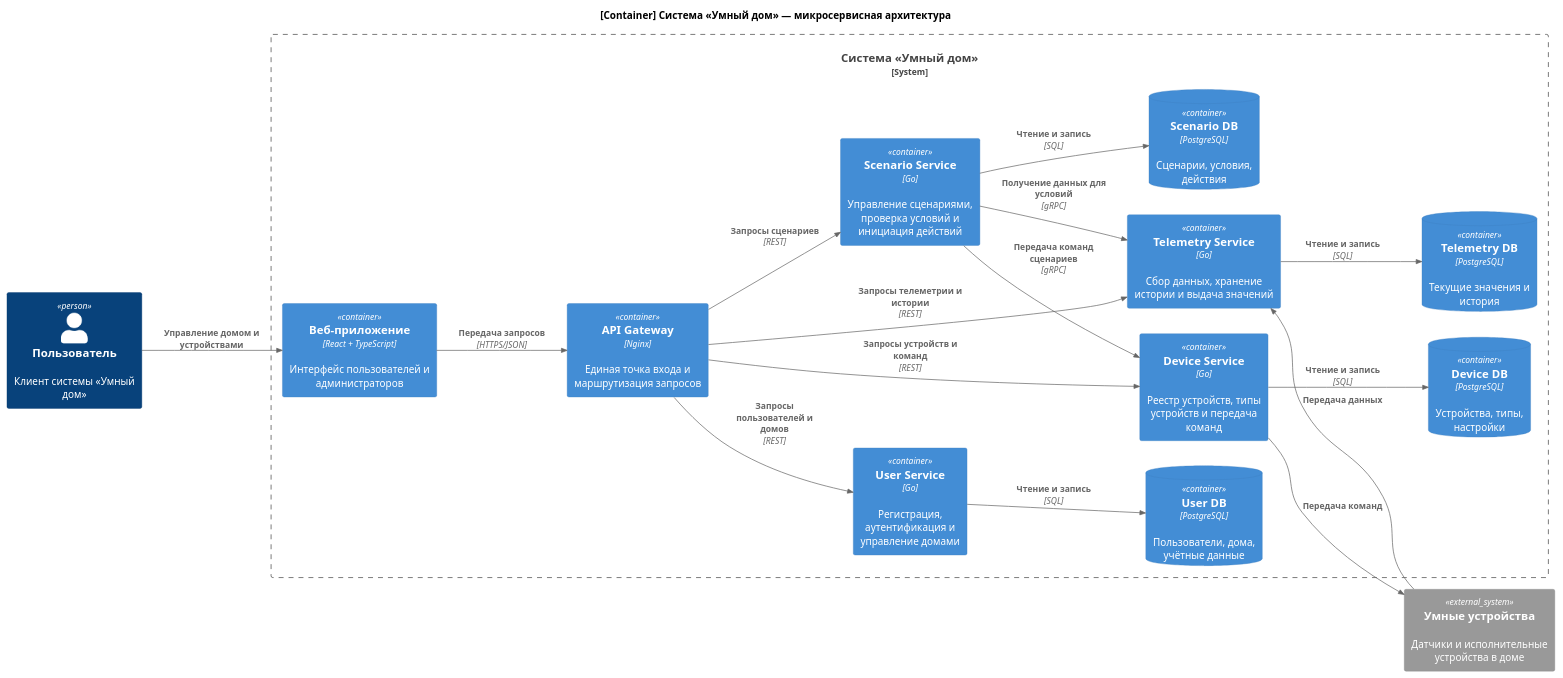
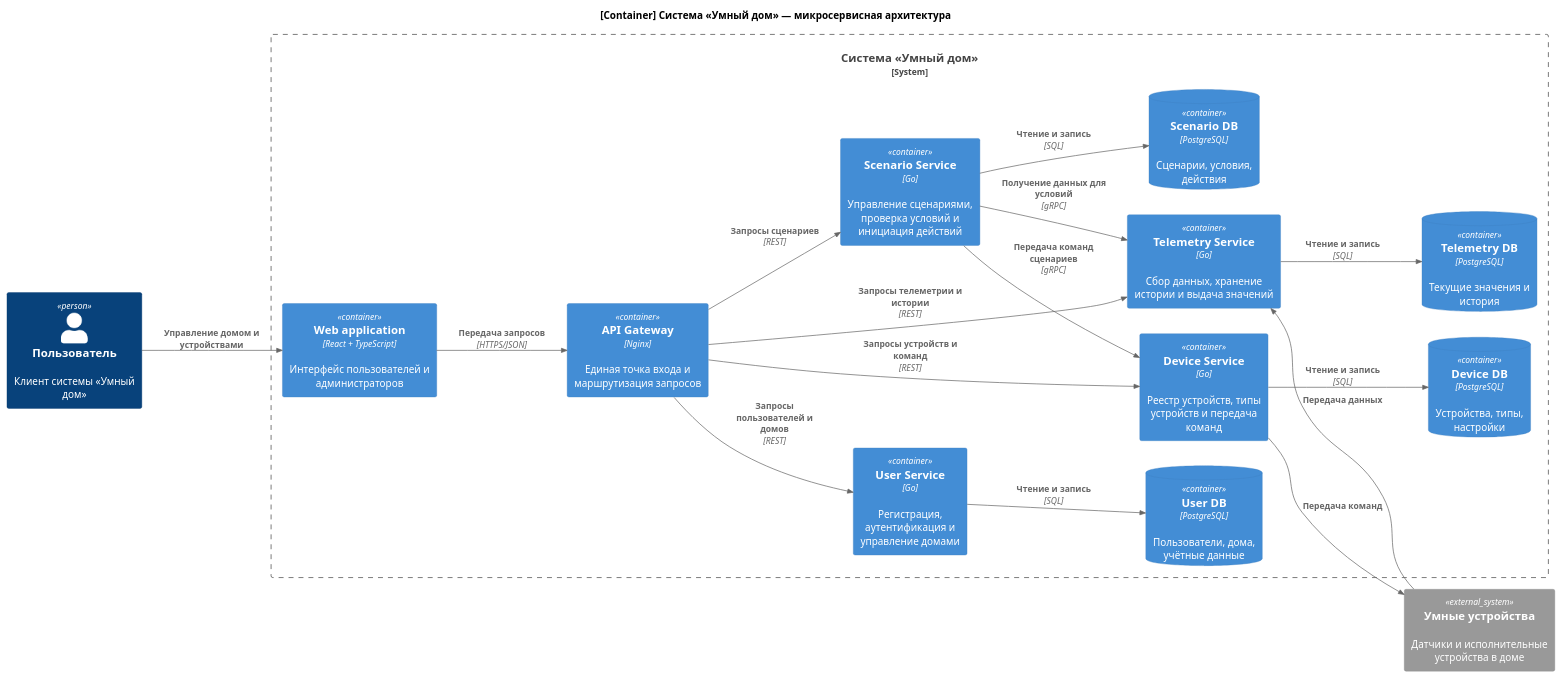
One commit to mashkust/architecture-warmhouse changed the diagram in docs/Container.md. Above: the diagram before and after it, drawn with PlantUML. The commit also changed 6 other files, not shown here.

````diff
--- a/docs/Container.md
+++ b/docs/Container.md
@@ -1,54 +1,54 @@
 ```puml
 @startuml
 top to bottom direction
 !include https://raw.githubusercontent.com/plantuml-stdlib/C4-PlantUML/master/C4_Container.puml
 
 LAYOUT_LEFT_RIGHT()
 
 title [Container] Система «Умный дом» — микросервисная архитектура
 
 Person(user, "Пользователь", "Клиент системы «Умный дом»")
 
 System_Ext(devices, "Умные устройства", "Датчики и исполнительные устройства в доме")
 
 System_Boundary(smart_home, "Система «Умный дом»") {
 
-  Container(web_app, "Веб-приложение", "React + TypeScript", "Интерфейс пользователей и администраторов")
+  Container(web_app, "Web application", "React + TypeScript", "Интерфейс пользователей и администраторов")
 
   Container(api_gateway, "API Gateway", "Nginx", "Единая точка входа и маршрутизация запросов")
 
 Container(user_service, "User Service", "Go", "Регистрация, аутентификация и управление домами")
 Container(device_service, "Device Service", "Go", "Реестр устройств, типы устройств и передача команд")
 Container(telemetry_service, "Telemetry Service", "Go", "Сбор данных, хранение истории и выдача значений")
 Container(scenario_service, "Scenario Service", "Go", "Управление сценариями, проверка условий и инициация действий")
 
 ContainerDb(user_db, "User DB", "PostgreSQL", "Пользователи, дома, учётные данные")
 ContainerDb(device_db, "Device DB", "PostgreSQL", "Устройства, типы, настройки")
 ContainerDb(telemetry_db, "Telemetry DB", "PostgreSQL", "Текущие значения и история")
 ContainerDb(scenario_db, "Scenario DB", "PostgreSQL", "Сценарии, условия, действия")
 }
 
 Rel(user, web_app, "Управление домом и устройствами")
 
 Rel(web_app, api_gateway, "Передача запросов", "HTTPS/JSON")
 
 Rel(api_gateway, user_service, "Запросы пользователей и домов", "REST")
 Rel(api_gateway, device_service, "Запросы устройств и команд", "REST")
 Rel(api_gateway, telemetry_service, "Запросы телеметрии и истории", "REST")
 Rel(api_gateway, scenario_service, "Запросы сценариев", "REST")
 
 Rel(user_service, user_db, "Чтение и запись", "SQL")
 Rel(device_service, device_db, "Чтение и запись", "SQL")
 Rel(telemetry_service, telemetry_db, "Чтение и запись", "SQL")
 Rel(scenario_service, scenario_db, "Чтение и запись", "SQL")
 
 Rel(devices, telemetry_service, "Передача данных")
 Rel(device_service, devices, "Передача команд")
 
 Rel(scenario_service, telemetry_service, "Получение данных для условий", "gRPC")
 Rel(scenario_service, device_service, "Передача команд сценариев", "gRPC")
 
 @enduml
 
 
 ```
````
